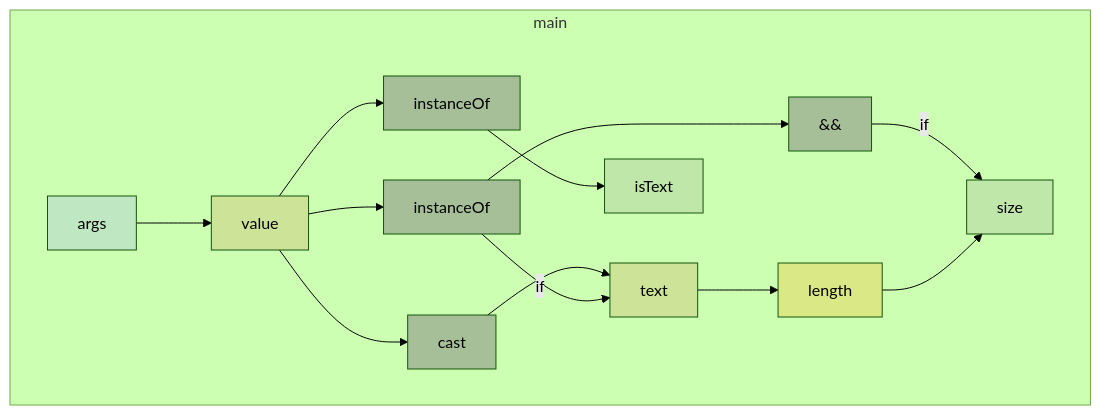
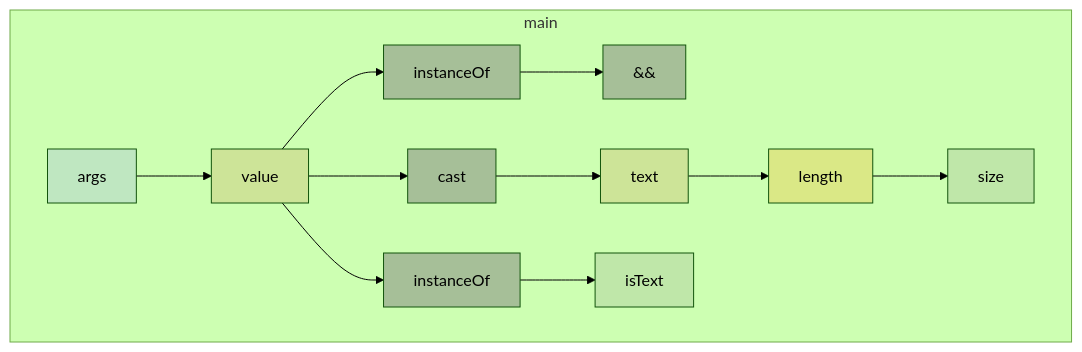
Before and after one commit to gstiebler/codeflow: the diagram in app/src/test/resources/instanceOf/spike-truth.md, drawn with Mermaid (forest theme). The commit also changed 17 other files, not shown here.

````diff
--- a/app/src/test/resources/instanceOf/spike-truth.md
+++ b/app/src/test/resources/instanceOf/spike-truth.md
@@ -3,33 +3,31 @@
 ```mermaid
 flowchart TD
   subgraph m0["main"]
     n0["&&"]:::BIN_OP
     n1["cast"]:::BIN_OP
     n2["instanceOf"]:::BIN_OP
     n3["instanceOf"]:::BIN_OP
     n4["length"]:::EXTERNAL
     n5["args"]:::FUNC_PARAM
     n6["text"]:::OBJ_VARIABLE
     n7["value"]:::OBJ_VARIABLE
     n8["isText"]:::VARIABLE
     n9["size"]:::VARIABLE
   end
-  n0 -->|if| n9
   n1 --> n6
   n2 --> n8
   n3 --> n0
-  n3 -->|if| n6
   n4 --> n9
   n5 --> n7
   n6 --> n4
   n7 --> n1
   n7 --> n2
   n7 --> n3
   classDef LITERAL fill:#00FF0030
   classDef VARIABLE fill:#80808030
   classDef BIN_OP fill:#80808080
   classDef FUNC_PARAM fill:#8080FF30
   classDef RETURN fill:#FF808080
   classDef EXTERNAL fill:#FFA50040
   classDef UNMODELLED fill:#FF000030,stroke-dasharray: 4 2
 ```
````
